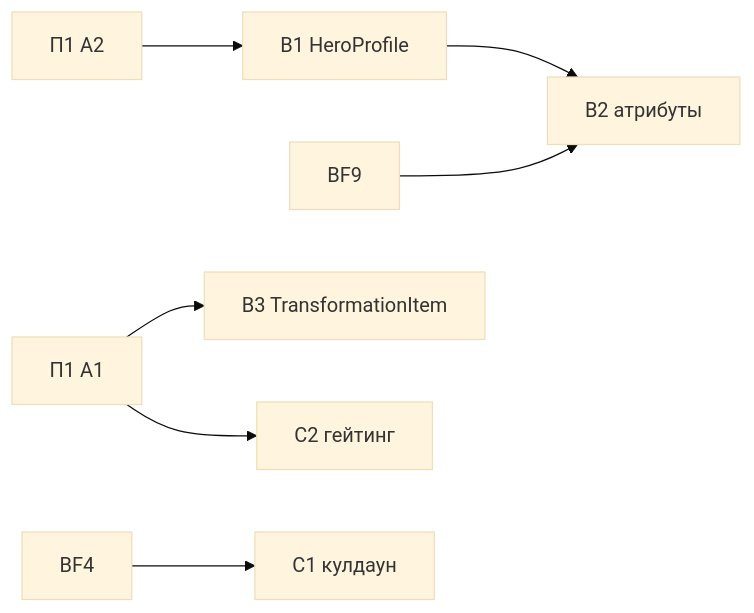
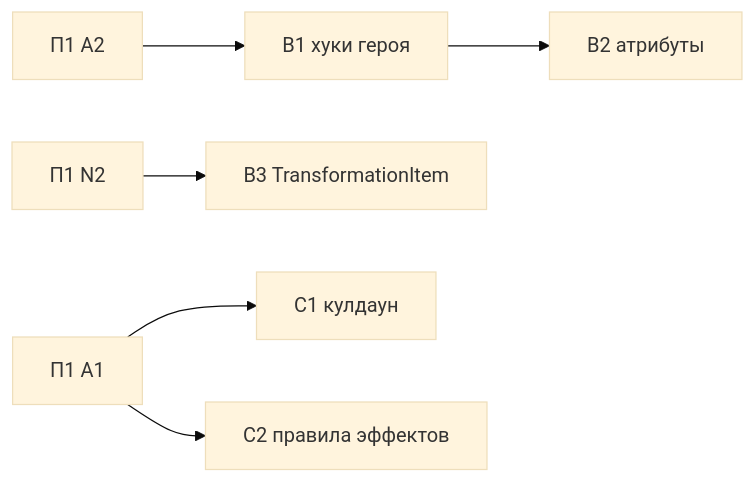
Before and after one commit to grebeshok105/Codex-Superheroes: the diagram in docs/design/architecture-migration/02-hero-data-and-ability-contract.md, drawn with Mermaid (base theme). The commit also changed other lines of this file and 3 other files, not shown here.

Commit message:
docs(architecture): rebase plans on bugfix stages 4-12 and fix external review findings (overview, plans 1-3)

````diff
--- a/docs/design/architecture-migration/02-hero-data-and-ability-contract.md
+++ b/docs/design/architecture-migration/02-hero-data-and-ability-contract.md
@@ -93,9 +94,8 @@
 ```mermaid
 flowchart LR
-  A2[П1 A2] --> B1[B1 HeroProfile]
+  A2[П1 A2] --> B1[B1 хуки героя]
   B1 --> B2[B2 атрибуты]
-  BF9[BF9] --> B2
-  A1[П1 A1] --> B3[B3 TransformationItem]
-  BF4[BF4] --> C1[C1 кулдаун]
-  A1 --> C2[C2 гейтинг]
+  N2[П1 N2] --> B3[B3 TransformationItem]
+  A1[П1 A1] --> C1[C1 кулдаун]
+  A1 --> C2[C2 правила эффектов]
 ```
````
